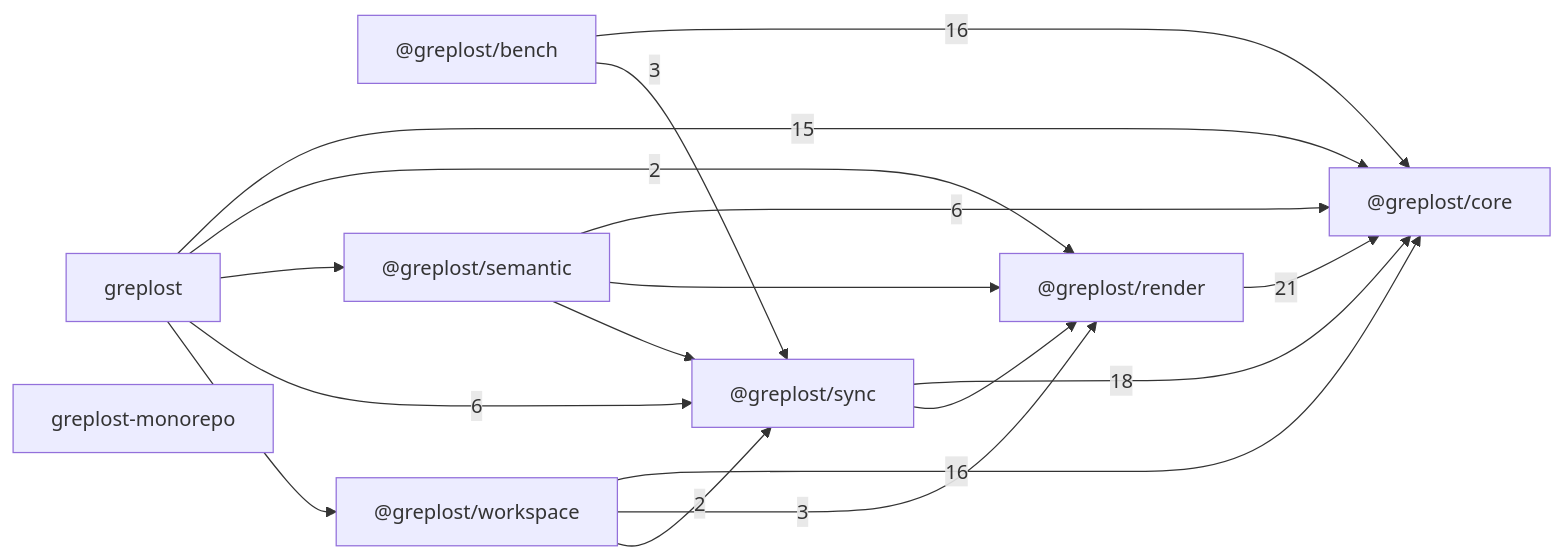
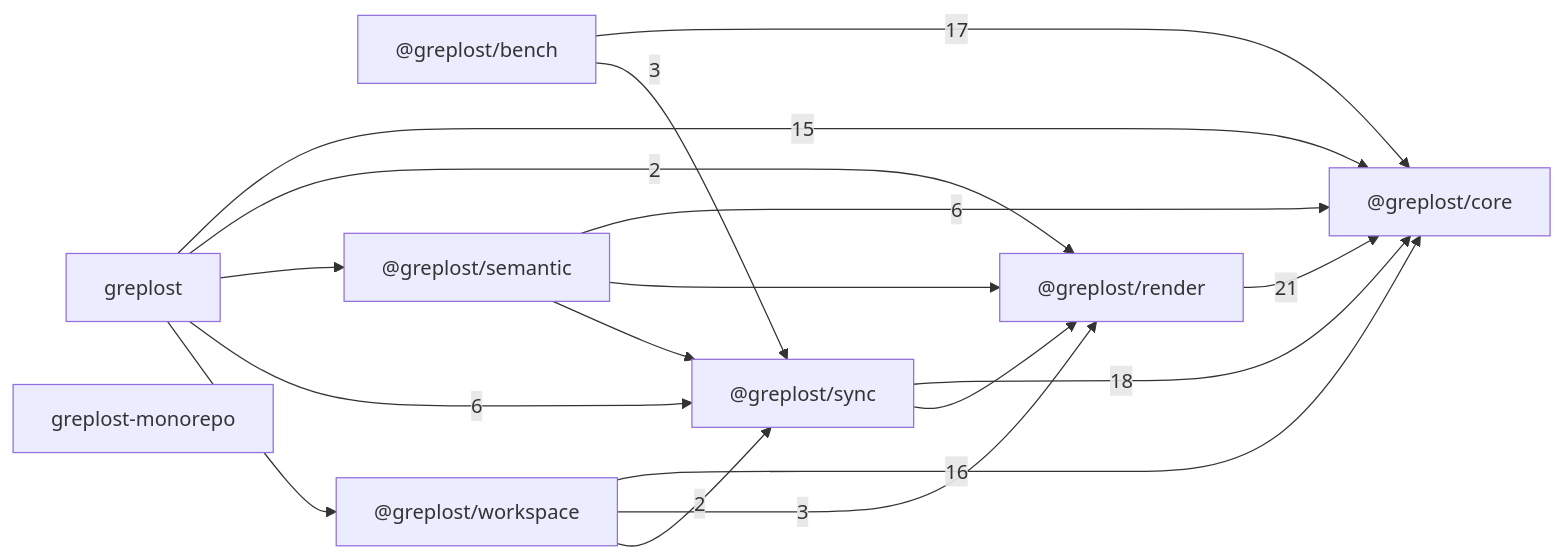
Before and after one commit to sns45/greplost: the diagram in .greplost/repo/MAP.md, drawn with Mermaid. The commit also changed other lines of this file and 29 other files, not shown here.

````diff
--- a/.greplost/repo/MAP.md
+++ b/.greplost/repo/MAP.md
@@ -21,27 +21,27 @@
 ```mermaid
 graph LR
   _greplost_bench["@greplost/bench"]
   _greplost_core["@greplost/core"]
   _greplost_render["@greplost/render"]
   _greplost_semantic["@greplost/semantic"]
   _greplost_sync["@greplost/sync"]
   _greplost_workspace["@greplost/workspace"]
   greplost["greplost"]
   greplost_monorepo["greplost-monorepo"]
-  _greplost_bench -->|16| _greplost_core
+  _greplost_bench -->|17| _greplost_core
   _greplost_bench -->|3| _greplost_sync
   _greplost_render -->|21| _greplost_core
   _greplost_semantic -->|6| _greplost_core
   _greplost_semantic --> _greplost_render
   _greplost_semantic --> _greplost_sync
   _greplost_sync -->|18| _greplost_core
   _greplost_sync --> _greplost_render
   _greplost_workspace -->|16| _greplost_core
   _greplost_workspace -->|3| _greplost_render
   _greplost_workspace -->|2| _greplost_sync
   greplost -->|15| _greplost_core
   greplost -->|2| _greplost_render
   greplost --> _greplost_semantic
   greplost -->|6| _greplost_sync
   greplost --> _greplost_workspace
 ```
````
